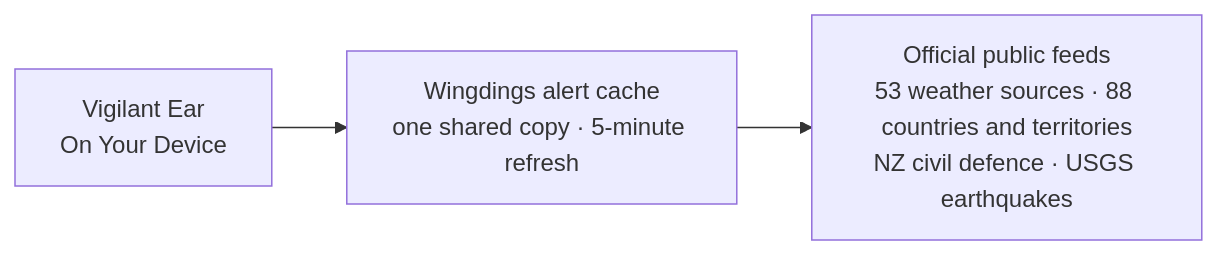
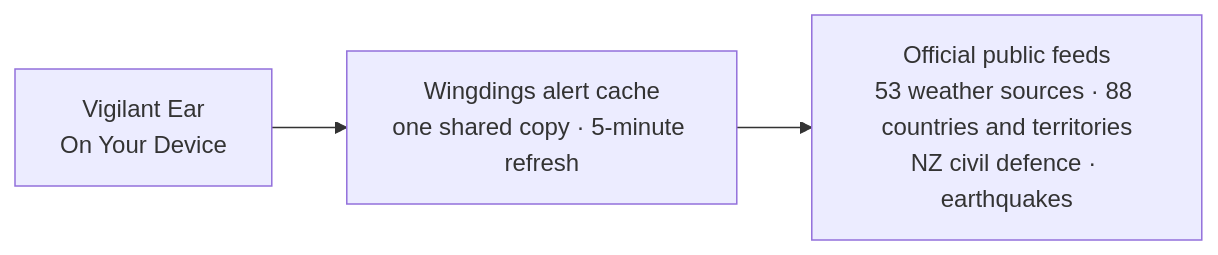
Before and after one commit to rpalm01-star/VigilantEarLegal: the fourth of 4 diagrams in README.md, drawn with Mermaid. The commit also changed other lines of this file and 47 other files, not shown here.

````diff
--- a/README.md
+++ b/README.md
@@ -171,5 +171,5 @@
 ```mermaid
 graph LR
     P1["Vigilant Ear<br/>On Your Device"] --> W["Wingdings alert cache<br/>one shared copy · 5-minute refresh"]
-    W --> N["Official public feeds<br/>53 weather sources · 88 countries and territories<br/>NZ civil defence · USGS earthquakes"]
+    W --> N["Official public feeds<br/>53 weather sources · 88 countries and territories<br/>NZ civil defence · earthquakes"]
 ```
````
